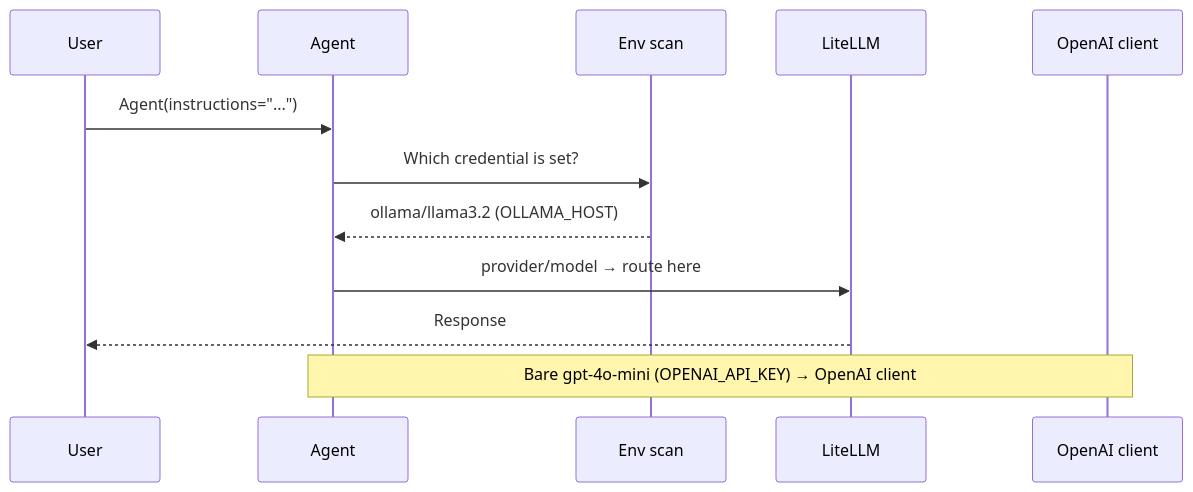
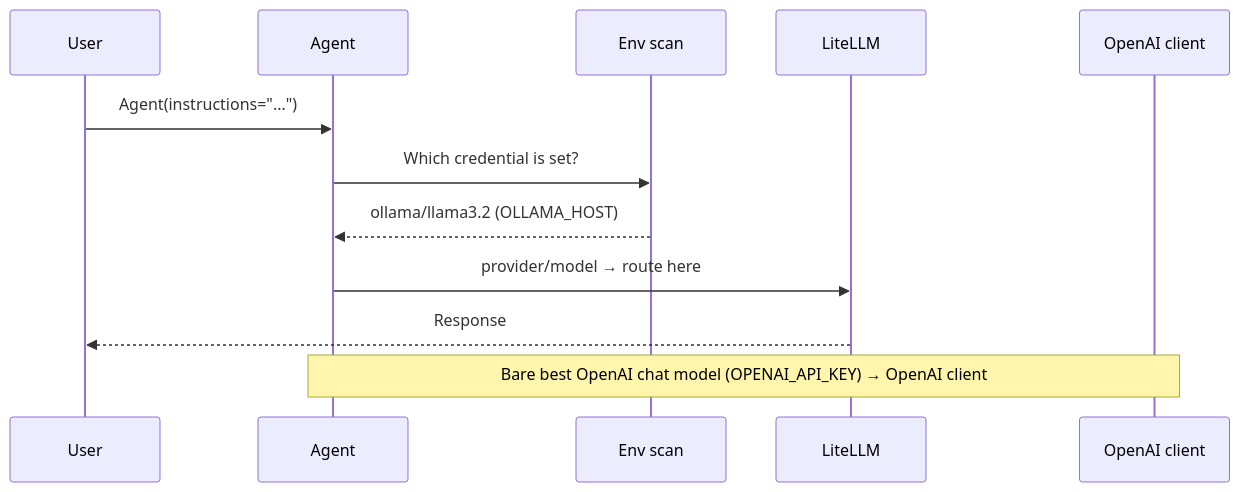
One commit to MervinPraison/PraisonAIDocs changed the second of 2 diagrams in docs/features/agent-model-resolution.mdx. Above: the diagram before and after it, drawn with Mermaid. The commit also changed other lines of this file and 2 other files, not shown here.

Commit message:
docs: capability-ranked default model + praisonai models refresh (fixes #4471)

````diff
--- a/docs/features/agent-model-resolution.mdx
+++ b/docs/features/agent-model-resolution.mdx
@@ -82,15 +82,15 @@
 ```mermaid
 sequenceDiagram
     participant User
     participant Agent
     participant Env as Env scan
     participant LiteLLM
     participant OpenAI as OpenAI client
 
     User->>Agent: Agent(instructions="...")
     Agent->>Env: Which credential is set?
     Env-->>Agent: ollama/llama3.2 (OLLAMA_HOST)
     Agent->>LiteLLM: provider/model → route here
     LiteLLM-->>User: Response
-    Note over Agent,OpenAI: Bare gpt-4o-mini (OPENAI_API_KEY) → OpenAI client
+    Note over Agent,OpenAI: Bare best OpenAI chat model (OPENAI_API_KEY) → OpenAI client
 ```
````
